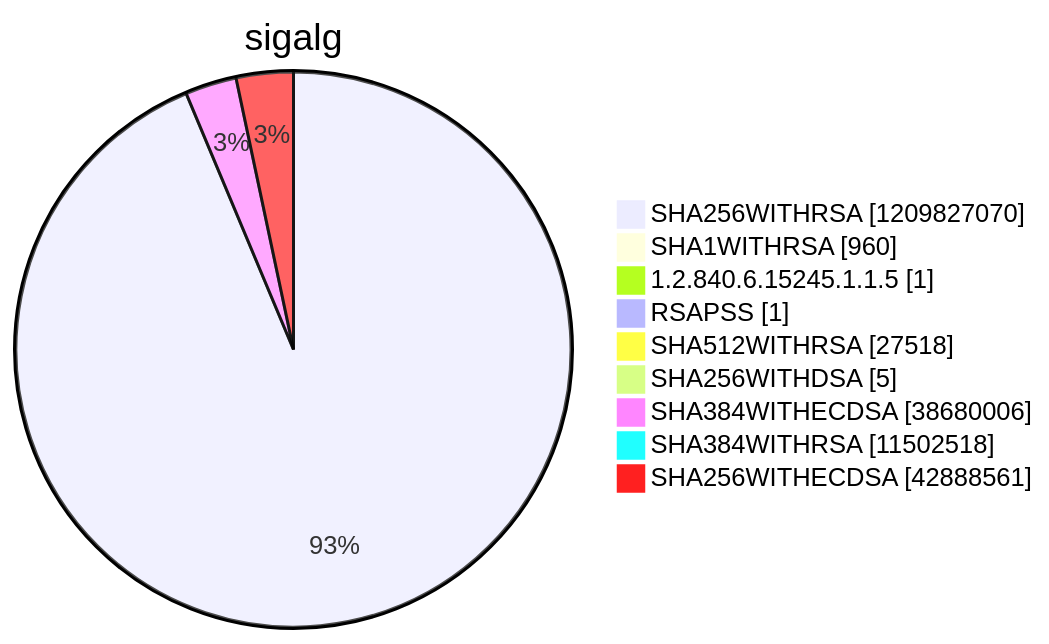
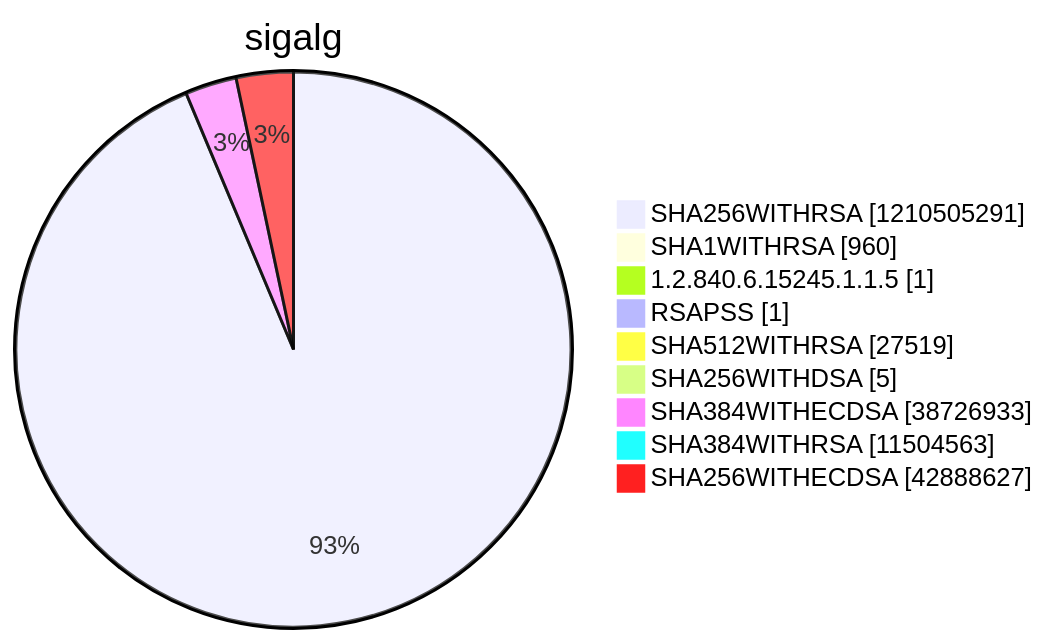
Diagram 15 of 15 in argon2022/README.md (christiankrug/ctmonitor_visualization), drawn with Mermaid before and after one commit. The commit also changed other lines of this file, not shown here.

````diff
--- a/argon2022/README.md
+++ b/argon2022/README.md
@@ -5520,13 +5520,13 @@
 ```mermaid
 pie showData
 title sigalg
-"SHA256WITHRSA" :1209827070
+"SHA256WITHRSA" :1210505291
 "SHA1WITHRSA" :960
 "1.2.840.6.15245.1.1.5" :1
 "RSAPSS" :1
-"SHA512WITHRSA" :27518
+"SHA512WITHRSA" :27519
 "SHA256WITHDSA" :5
-"SHA384WITHECDSA" :38680006
-"SHA384WITHRSA" :11502518
-"SHA256WITHECDSA" :42888561
+"SHA384WITHECDSA" :38726933
+"SHA384WITHRSA" :11504563
+"SHA256WITHECDSA" :42888627
 ```
````
